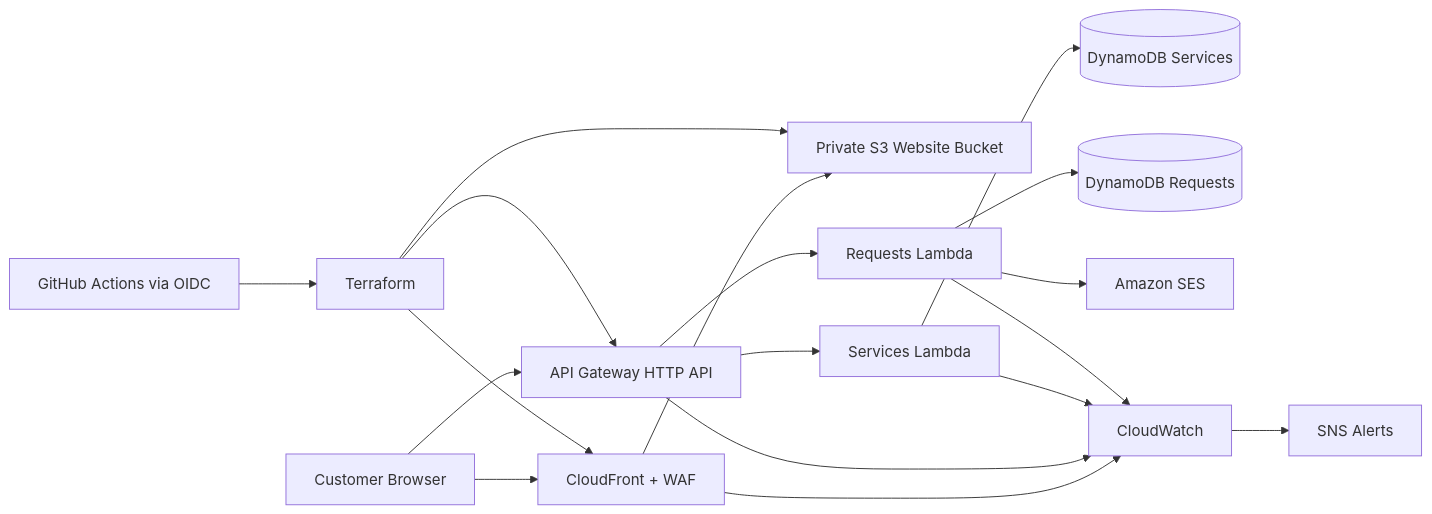
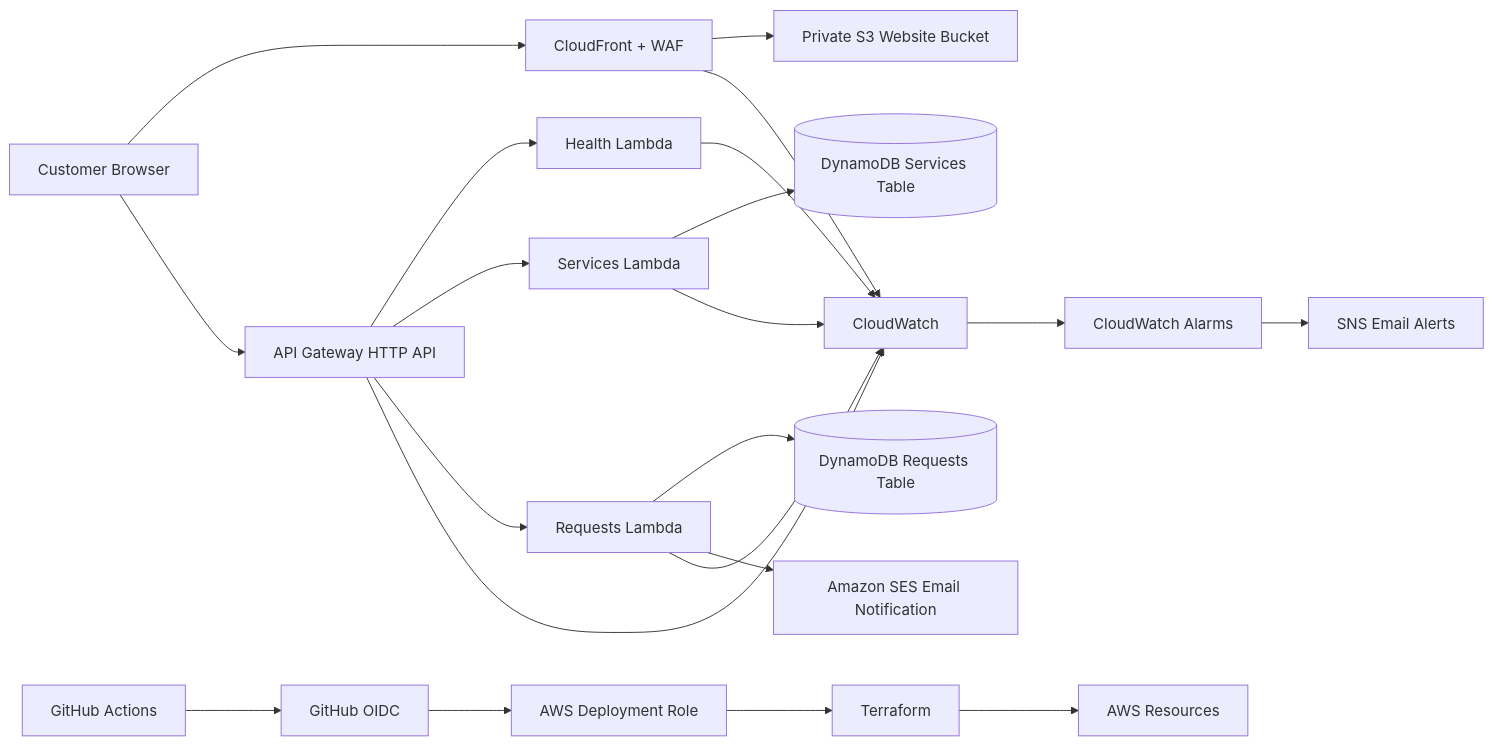
One commit to triplea105/gure-ltd-aws-production-website changed the diagram in readme.md. Above: the diagram before and after it, drawn with Mermaid. The commit also changed other lines of this file and 3 other files, not shown here.

````diff
--- a/readme.md
+++ b/readme.md
@@ -62,20 +48,27 @@
 ```mermaid
 flowchart LR
     User[Customer Browser] --> CF[CloudFront + WAF]
     CF --> S3[Private S3 Website Bucket]
+
     User --> APIGW[API Gateway HTTP API]
+    APIGW --> Health[Health Lambda]
     APIGW --> Services[Services Lambda]
     APIGW --> Requests[Requests Lambda]
-    Services --> ServiceTable[(DynamoDB Services)]
-    Requests --> RequestTable[(DynamoDB Requests)]
-    Requests --> SES[Amazon SES]
+
+    Services --> ServicesTable[(DynamoDB Services Table)]
+    Requests --> RequestsTable[(DynamoDB Requests Table)]
+    Requests --> SES[Amazon SES Email Notification]
+
     CF --> CW[CloudWatch]
     APIGW --> CW
+    Health --> CW
     Services --> CW
     Requests --> CW
-    CW --> SNS[SNS Alerts]
-    GHA[GitHub Actions via OIDC] --> TF[Terraform]
-    TF --> CF
-    TF --> S3
-    TF --> APIGW
+    CW --> Alarms[CloudWatch Alarms]
+    Alarms --> SNS[SNS Email Alerts]
+
+    GHA[GitHub Actions] --> OIDC[GitHub OIDC]
+    OIDC --> Role[AWS Deployment Role]
+    Role --> TF[Terraform]
+    TF --> AWS[AWS Resources]
 ```
````
